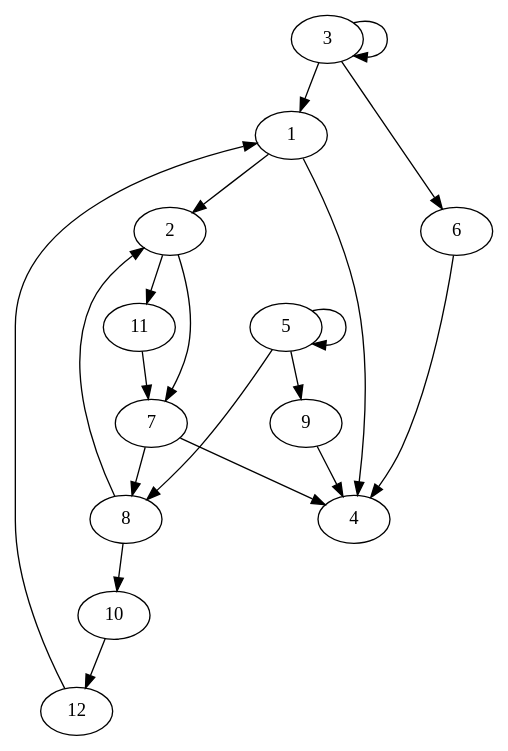
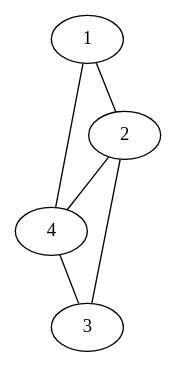
Before and after one commit to vinicius-de-souza/graphapplication: the diagram in testes/grafo1.dot, drawn with Graphviz. The commit also changed 14 other files, not shown here.

```diff
--- a/testes/grafo1.dot
+++ b/testes/grafo1.dot
@@ -1,25 +1,15 @@
-strict digraph G {
+strict graph G { 
+ 
 
-    1 ->  2
-    1 ->  4
-    1 ->  2
-    2 ->  7
-    2 ->  11
-    3 ->  1
-    3 ->  3
-    3 ->  6
-    3 ->  6
-    5 ->  5
-    5 ->  8
-    5 ->  9
-    6 ->  4
-    7 ->  4
-    7 ->  8
-    8 ->  2
-    8 ->  10
-    9 ->  4
-    10 ->  12
-    11 ->  7
-    12 ->  1
+    1 --  2
+    1 --  4
+    2 --  1
+    2 --  4
+    2 --  3
+    4 --  1
+    4 --  2
+    4 --  3
+    3 --  2
+    3 --  4
 
  }
```
